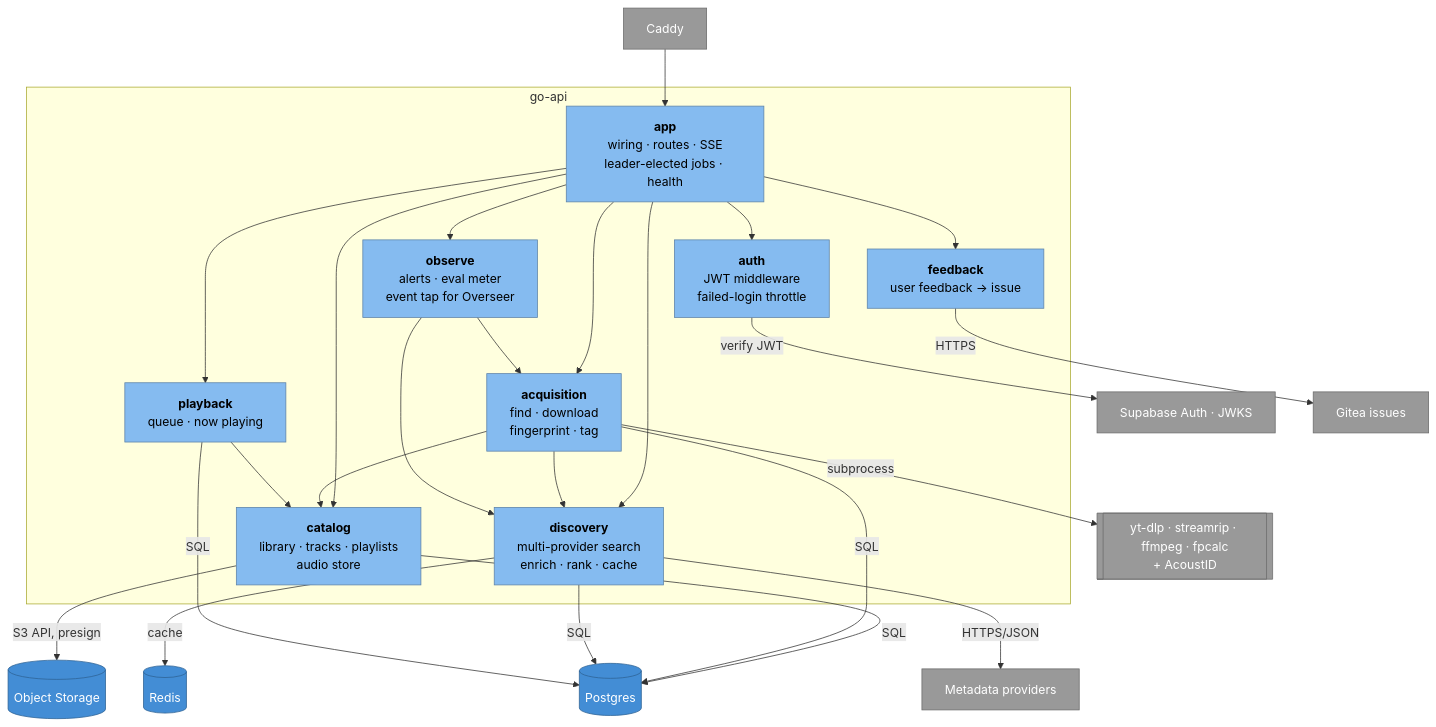
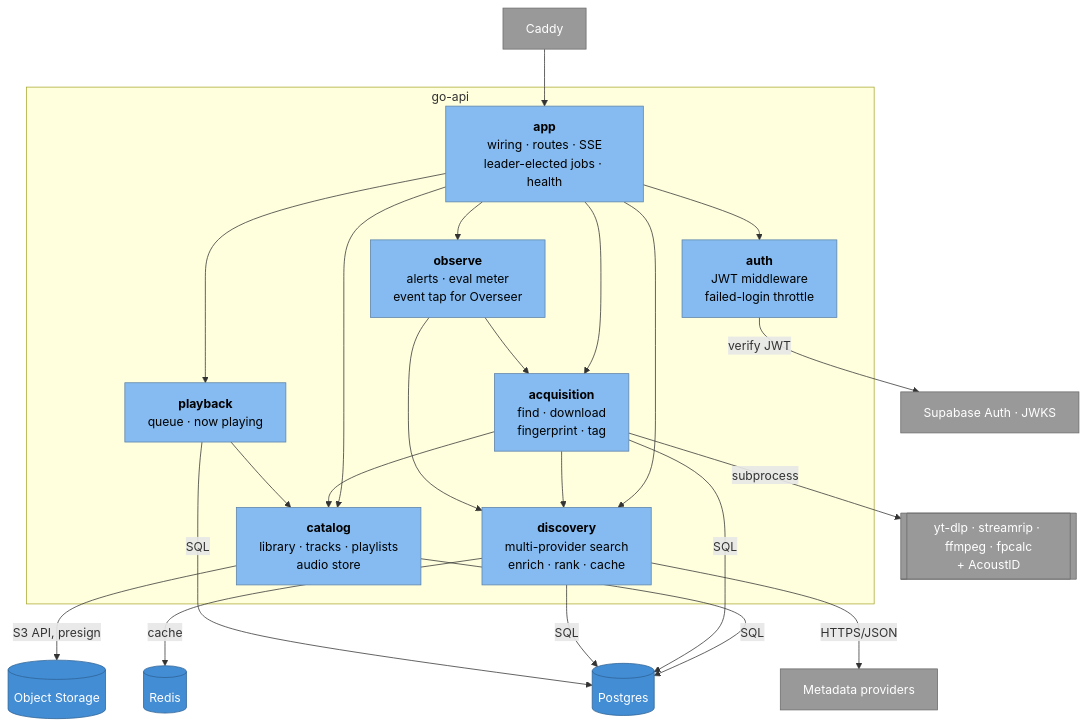
One commit to aleburrascano/altune changed the third of 3 diagrams in docs/diagrams/system.md. Above: the diagram before and after it, drawn with Mermaid. The commit also changed other lines of this file and 42 other files, not shown here.

First line of the commit message:
refactor(feedback): unwire in-app issue report, drop mobile side

````diff
--- a/docs/diagrams/system.md
+++ b/docs/diagrams/system.md
@@ -109,49 +108,46 @@
 ```mermaid
 flowchart TD
     caddy["Caddy"]
 
     subgraph goapi [go-api]
         app["<b>app</b><br/>wiring · routes · SSE<br/>leader-elected jobs · health"]
         auth["<b>auth</b><br/>JWT middleware<br/>failed-login throttle"]
         catalog["<b>catalog</b><br/>library · tracks · playlists<br/>audio store"]
         acquisition["<b>acquisition</b><br/>find · download<br/>fingerprint · tag"]
         discovery["<b>discovery</b><br/>multi-provider search<br/>enrich · rank · cache"]
         playback["<b>playback</b><br/>queue · now playing"]
-        feedback["<b>feedback</b><br/>user feedback → issue"]
         observe["<b>observe</b><br/>alerts · eval meter<br/>event tap for Overseer"]
     end
 
     pg[("Postgres")]
     redis[("Redis")]
     bucket[("Object Storage")]
     jwks["Supabase Auth · JWKS"]
     providers["Metadata providers"]
     tools[["yt-dlp · streamrip · ffmpeg · fpcalc<br/>+ AcoustID"]]
-    gitea["Gitea issues"]
 
     caddy --> app
-    app --> auth & catalog & acquisition & discovery & playback & feedback & observe
+    app --> auth & catalog & acquisition & discovery & playback & observe
     acquisition --> catalog
     acquisition --> discovery
     playback --> catalog
     observe --> acquisition
     observe --> discovery
 
     auth -->|verify JWT| jwks
     catalog -->|SQL| pg
     catalog -->|S3 API, presign| bucket
     acquisition -->|SQL| pg
     acquisition -->|subprocess| tools
     discovery -->|SQL| pg
     discovery -->|cache| redis
     discovery -->|HTTPS/JSON| providers
     playback -->|SQL| pg
-    feedback -->|HTTPS| gitea
 
     classDef component fill:#85bbf0,color:#000,stroke:#5d82a8
     classDef store fill:#438dd5,color:#fff,stroke:#2e6295
     classDef external fill:#999,color:#fff,stroke:#6b6b6b
-    class app,auth,catalog,acquisition,discovery,playback,feedback,observe component
+    class app,auth,catalog,acquisition,discovery,playback,observe component
     class pg,redis,bucket store
-    class caddy,jwks,providers,tools,gitea external
+    class caddy,jwks,providers,tools external
 ```
````
